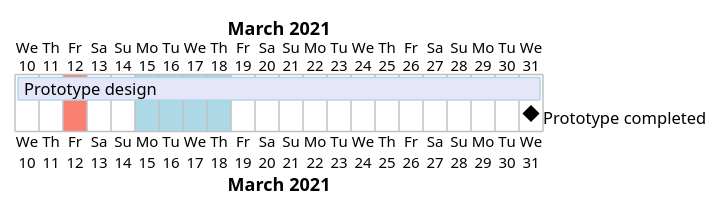
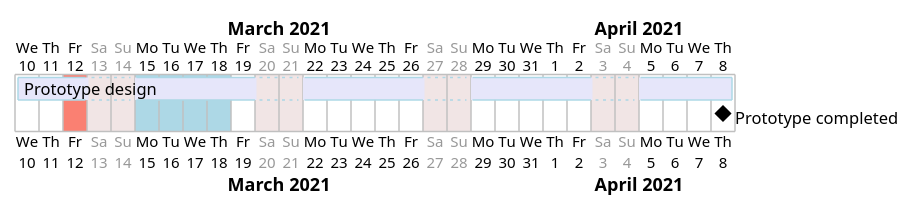
Before and after one commit to caoyali/BooksCodeDemo: diagram 14 of 24 in 23Pattern/app/src/main/java/com/example/pattern/UML/ClassUmlTemplate.md, drawn with PlantUML. The commit also changed other lines of this file, not shown here.

Commit message:
[add] 添加甘特图学习

````diff
--- a/23Pattern/app/src/main/java/com/example/pattern/UML/ClassUmlTemplate.md
+++ b/23Pattern/app/src/main/java/com/example/pattern/UML/ClassUmlTemplate.md
@@ -150,12 +150,14 @@
 ```puml
 @startgantt
+saturday are closed
+sunday are closed
 Project starts the 2021/03/10
 2021/03/12 is colored in salmon
 2021/03/15 to 2021/03/18 are colored in lightblue
 
 [Prototype design] as [TASK1] lasts 22 days
 [TASK1] is colored in Lavender/LightBlue
 [Prototype completed] happens at [TASK1]'s end
 
 @endgantt
 ```
````
